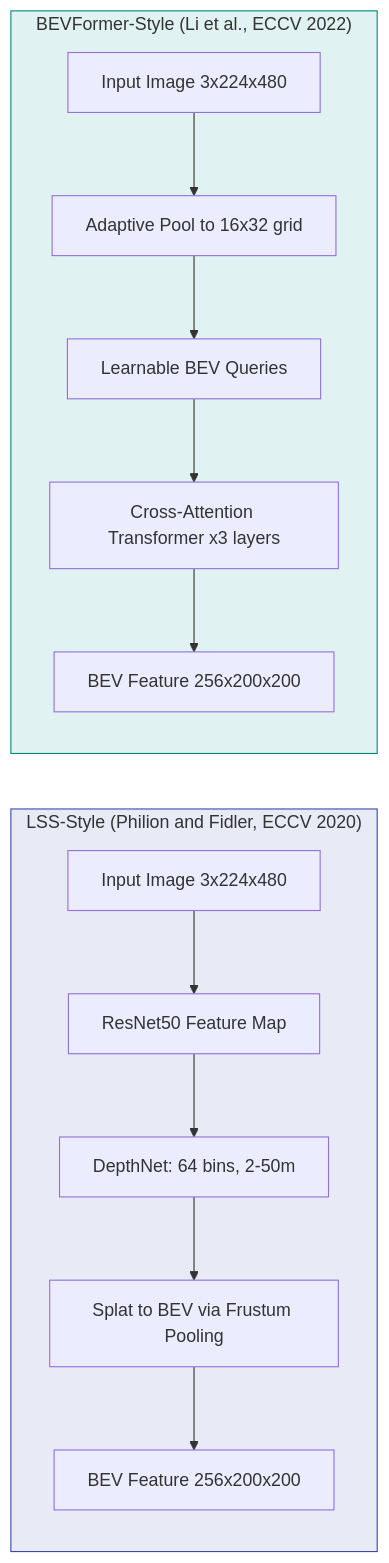
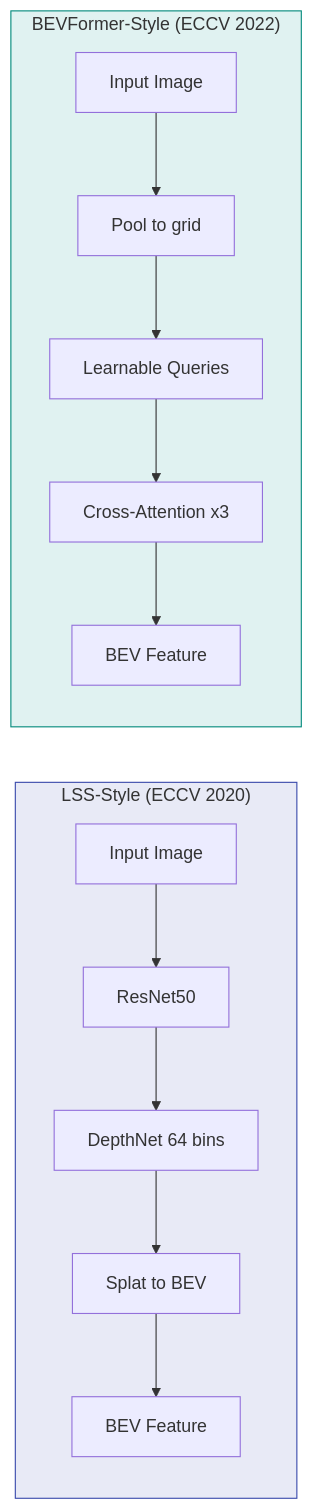
One commit to cenovozz/DriveWorld changed the second of 3 diagrams in README.md. Above: the diagram before and after it, drawn with Mermaid. The commit also changed other lines of this file, not shown here.

Commit message:
Complete README rewrite: clean architecture diagrams, remove old content

````diff
--- a/README.md
+++ b/README.md
@@ -90,13 +90,13 @@
 ```mermaid
 graph LR
-    subgraph LSS["LSS-Style (Philion and Fidler, ECCV 2020)"]
+    subgraph LSS["LSS-Style (ECCV 2020)"]
         direction TB
-        A1["Input Image 3x224x480"] --> A2["ResNet50 Feature Map"] --> A3["DepthNet: 64 bins, 2-50m"] --> A4["Splat to BEV via Frustum Pooling"] --> A5["BEV Feature 256x200x200"]
+        A1["Input Image"] --> A2["ResNet50"] --> A3["DepthNet 64 bins"] --> A4["Splat to BEV"] --> A5["BEV Feature"]
     end
-    subgraph BEVF["BEVFormer-Style (Li et al., ECCV 2022)"]
+    subgraph BEVF["BEVFormer-Style (ECCV 2022)"]
         direction TB
-        B1["Input Image 3x224x480"] --> B2["Adaptive Pool to 16x32 grid"] --> B3["Learnable BEV Queries"] --> B4["Cross-Attention Transformer x3 layers"] --> B5["BEV Feature 256x200x200"]
+        B1["Input Image"] --> B2["Pool to grid"] --> B3["Learnable Queries"] --> B4["Cross-Attention x3"] --> B5["BEV Feature"]
     end
     style LSS fill:#e8eaf6,stroke:#3949ab
     style BEVF fill:#e0f2f1,stroke:#00897b
 ```
````
